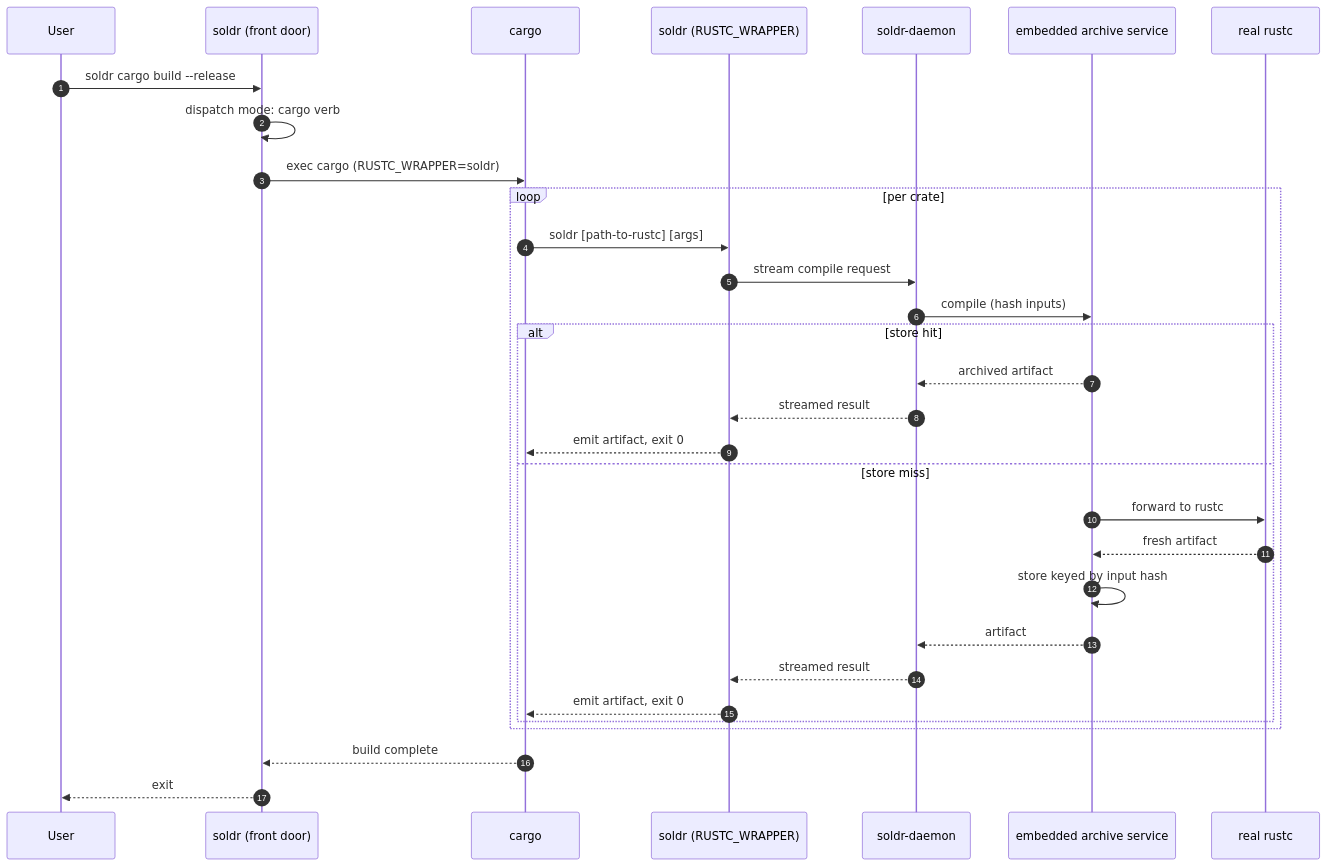
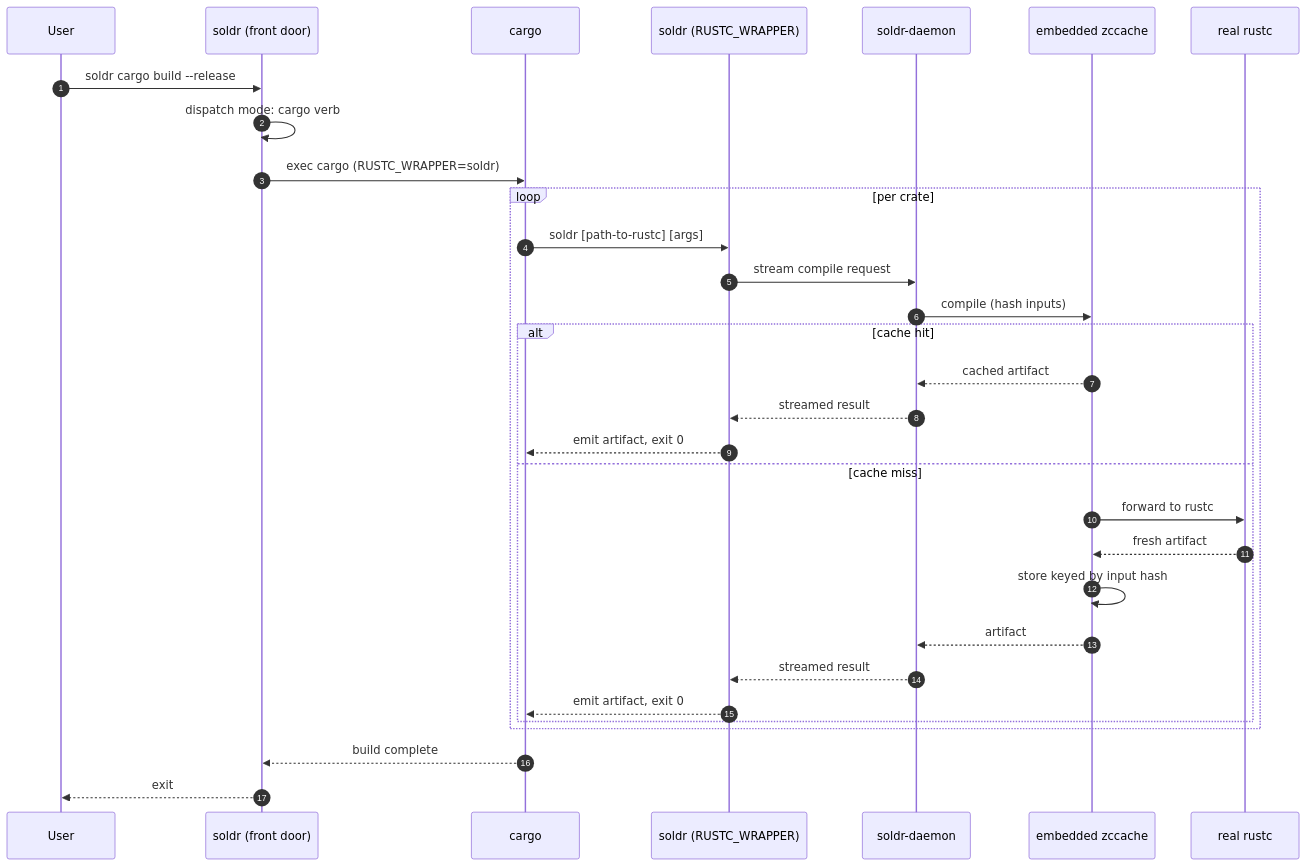
One commit to zackees/soldr changed the second of 2 diagrams in README.md. Above: the diagram before and after it, drawn with Mermaid. The commit also changed other lines of this file, not shown here.

````diff
--- a/README.md
+++ b/README.md
@@ -605,34 +414,34 @@
 ```mermaid
 sequenceDiagram
     autonumber
     participant U as User
     participant S1 as soldr (front door)
     participant C as cargo
     participant S2 as soldr (RUSTC_WRAPPER)
     participant D as soldr-daemon
-    participant Z as embedded archive service
+    participant Z as embedded zccache
     participant R as real rustc
 
     U->>S1: soldr cargo build --release
     S1->>S1: dispatch mode: cargo verb
     S1->>C: exec cargo (RUSTC_WRAPPER=soldr)
     loop per crate
         C->>S2: soldr [path-to-rustc] [args]
         S2->>D: stream compile request
         D->>Z: compile (hash inputs)
-        alt store hit
-            Z-->>D: archived artifact
+        alt cache hit
+            Z-->>D: cached artifact
             D-->>S2: streamed result
             S2-->>C: emit artifact, exit 0
-        else store miss
+        else cache miss
             Z->>R: forward to rustc
             R-->>Z: fresh artifact
             Z->>Z: store keyed by input hash
             Z-->>D: artifact
             D-->>S2: streamed result
             S2-->>C: emit artifact, exit 0
         end
     end
     C-->>S1: build complete
     S1-->>U: exit
 ```
````
